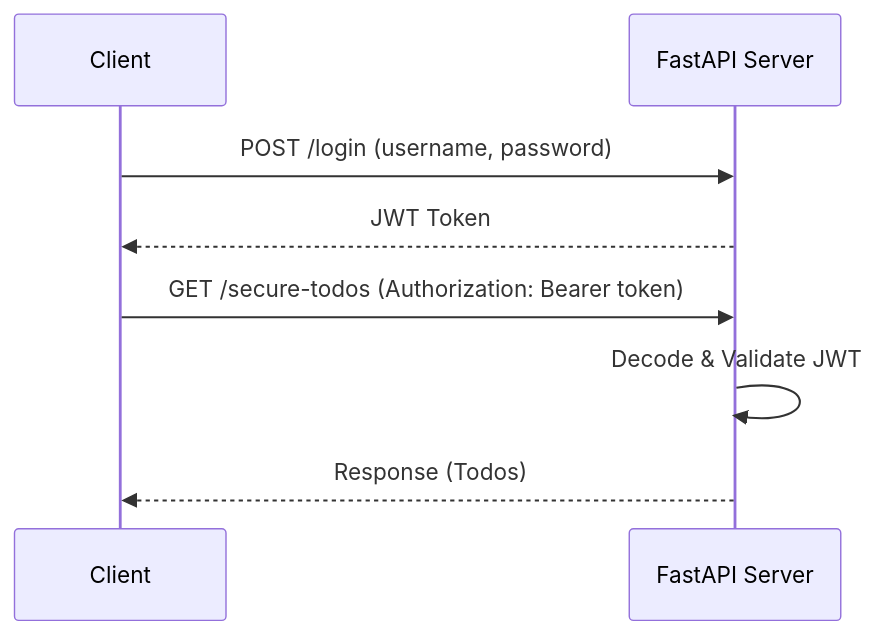
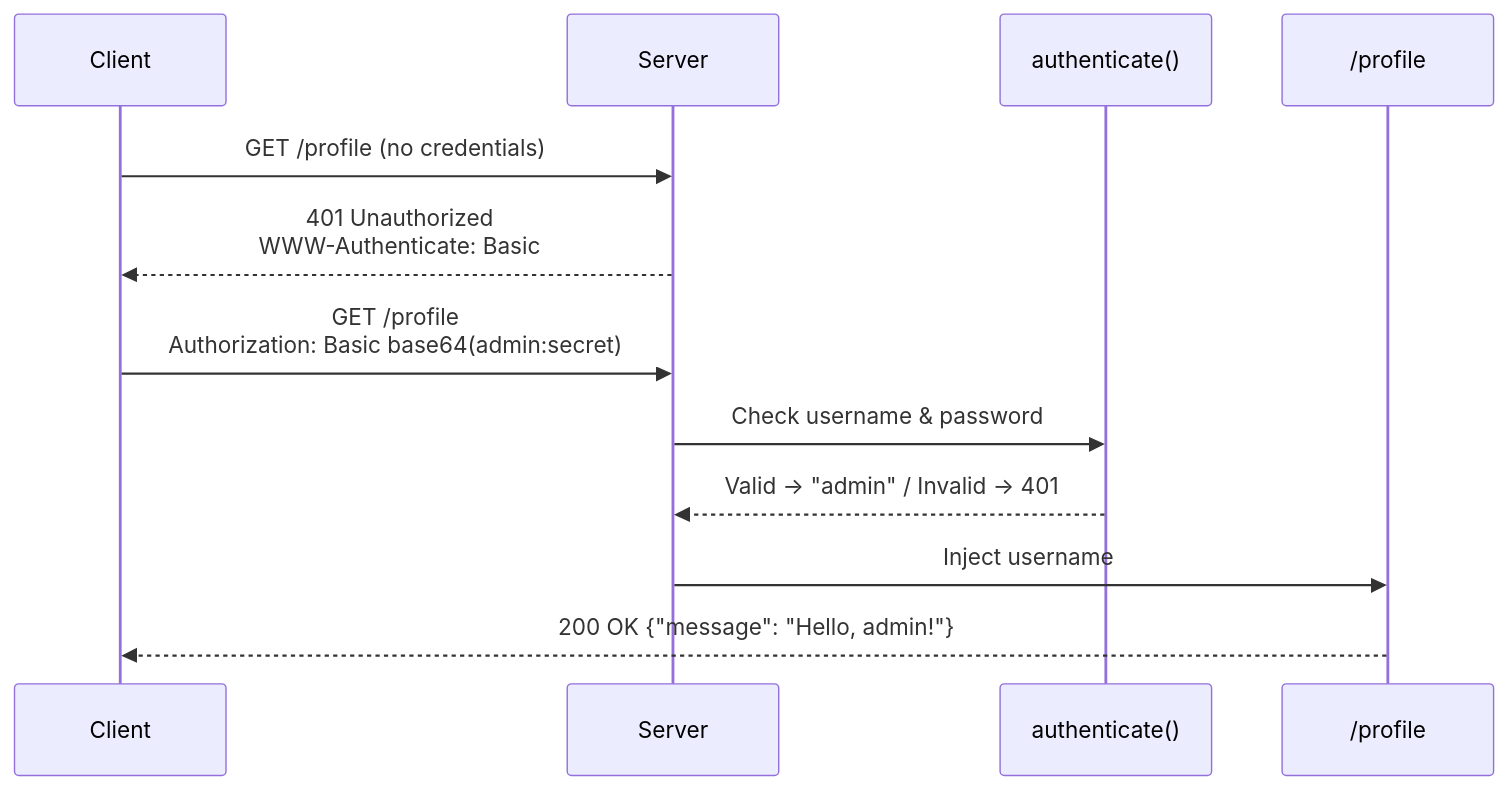
Before and after one commit to WalidNewaz/www_walidnewaz_com: the first of 2 diagrams in content/learn/python-web-dev/fastapi/authentication-authorization/index.mdx, drawn with Mermaid. The commit also changed other lines of this file and 1 other file, not shown here.

````diff
--- a/content/learn/python-web-dev/fastapi/authentication-authorization/index.mdx
+++ b/content/learn/python-web-dev/fastapi/authentication-authorization/index.mdx
@@ -217,10 +37,17 @@
 ```mermaid
 sequenceDiagram
-    participant C as Client
-    participant S as FastAPI Server
-    C->>S: POST /login (username, password)
-    S-->>C: JWT Token
-    C->>S: GET /secure-todos (Authorization: Bearer token)
-    S->>S: Decode & Validate JWT
-    S-->>C: Response (Todos)
+    participant Client
+    participant Server
+    participant Auth as authenticate()
+    participant Route as /profile
+
+    Client->>Server: GET /profile (no credentials)
+    Server-->>Client: 401 Unauthorized<br/>WWW-Authenticate: Basic
+
+    Client->>Server: GET /profile<br/>Authorization: Basic base64(admin:secret)
+    Server->>Auth: Check username & password
+    Auth-->>Server: Valid → "admin" / Invalid → 401
+
+    Server->>Route: Inject username
+    Route-->>Client: 200 OK {"message": "Hello, admin!"}
 ```
````
